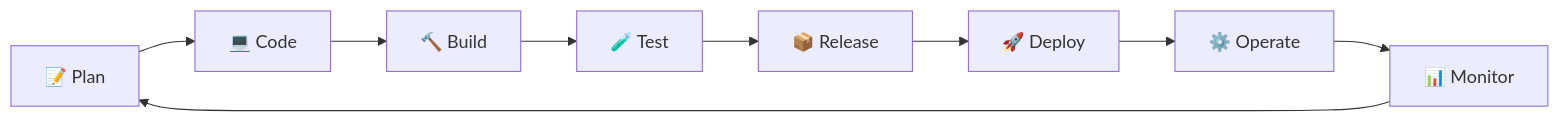
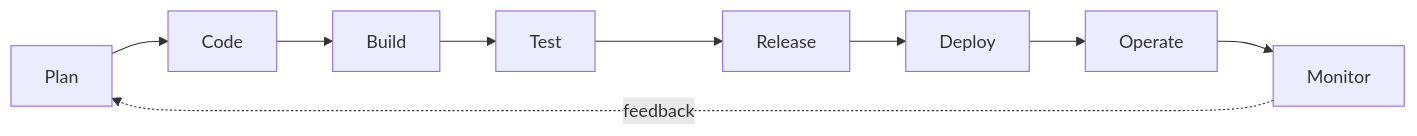
The diagram in profile/README.md (Akhilgoud01/devops-docs), drawn with Mermaid before and after one commit. The commit also changed other lines of this file and 31 other files, not shown here.

````diff
--- a/profile/README.md
+++ b/profile/README.md
@@ -34,11 +35,6 @@
 ```mermaid
 flowchart LR
-    A["📝 Plan"] --> B["💻 Code"]
-    B --> C["🔨 Build"]
-    C --> D["🧪 Test"]
-    D --> E["📦 Release"]
-    E --> F["🚀 Deploy"]
-    F --> G["⚙️ Operate"]
-    G --> H["📊 Monitor"]
-    H --> A
+    A["Plan"] --> B["Code"] --> C["Build"] --> D["Test"]
+    D --> E["Release"] --> F["Deploy"] --> G["Operate"] --> H["Monitor"]
+    H -.feedback.-> A
 ```
````
